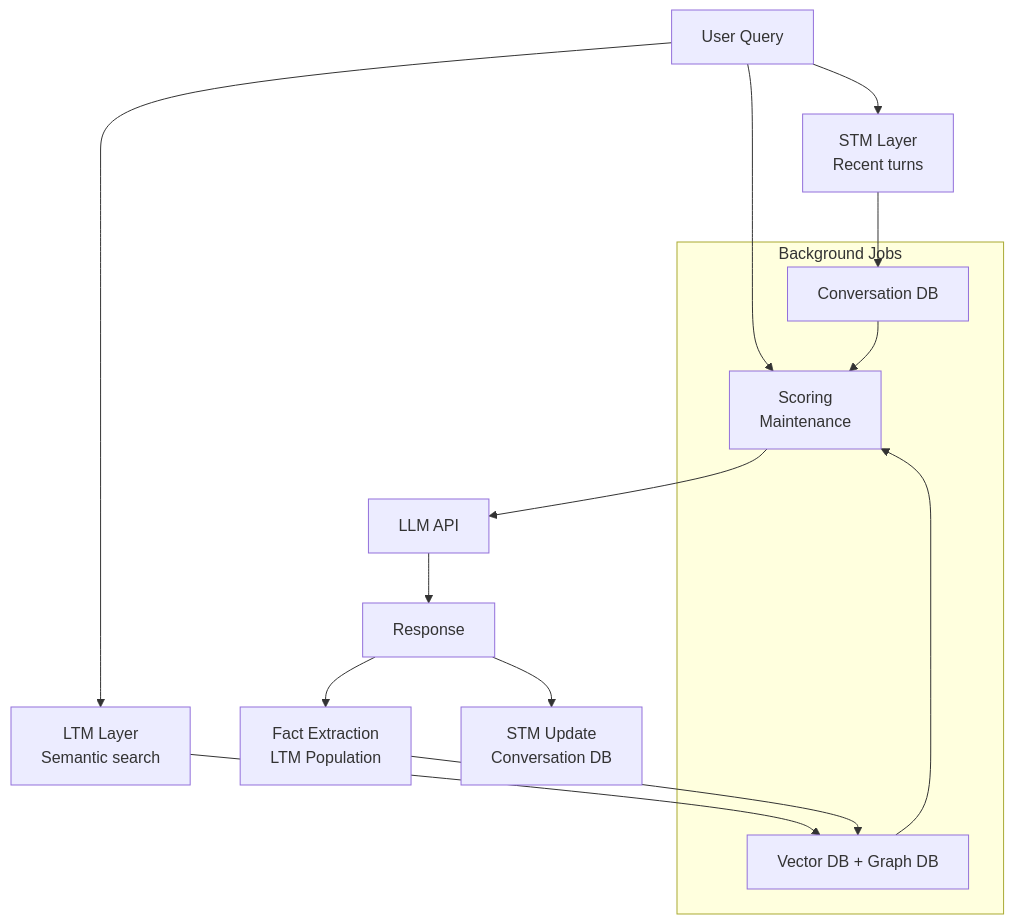
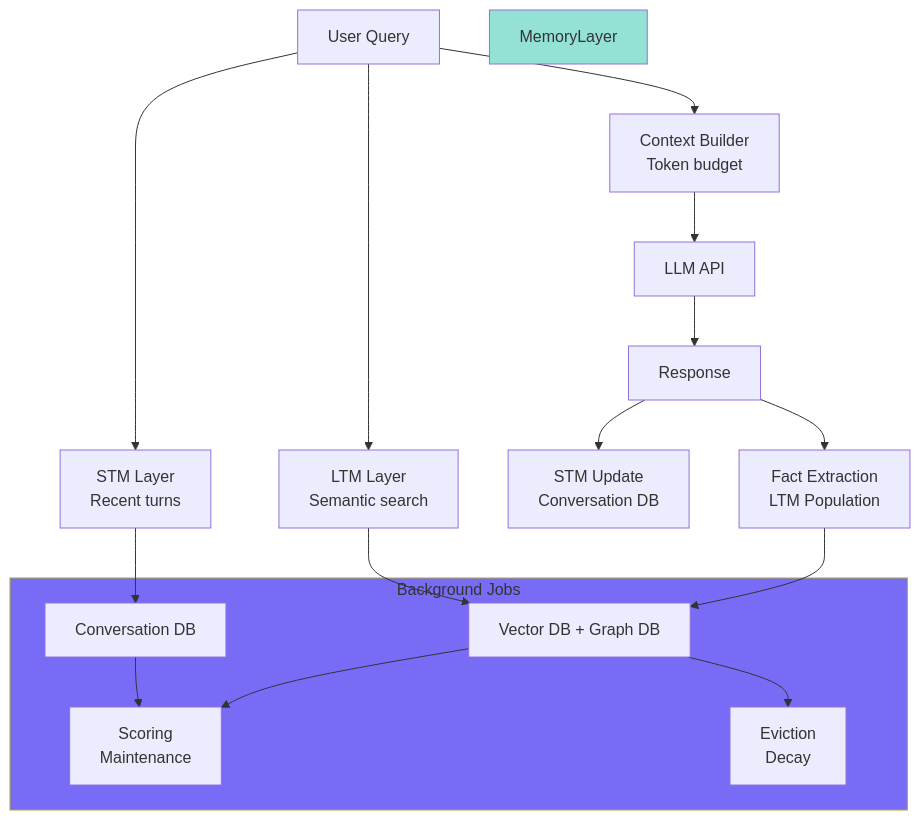
The first of 19 diagrams in Lecture 19 - Agent Memory Systems/notes/Lecture_19_Complete_Notes.md (Amie-dev/FDE-and-GenAI-Mastery), drawn with Mermaid before and after one commit. The commit also changed other lines of this file and 9 other files, not shown here.

````diff
--- a/Lecture 19 - Agent Memory Systems/notes/Lecture_19_Complete_Notes.md
+++ b/Lecture 19 - Agent Memory Systems/notes/Lecture_19_Complete_Notes.md
@@ -13,20 +32,24 @@
 ```mermaid
 flowchart TD
     A["User Query"] --> B[STM Layer<br/>Recent turns]
     A --> C[LTM Layer<br/>Semantic search]
     A --> D[Context Builder<br/>Token budget]
     
     B --> E[Conversation DB]
     C --> F[Vector DB + Graph DB]
     D --> G[LLM API]
     G --> H["Response"]
     
     H --> I[STM Update<br/>Conversation DB]
     H --> J[Fact Extraction<br/>LTM Population]
     J --> F
     
     subgraph Background["Background Jobs"]
-        E --> D["Dreaming<br/>Cleanup"]
-        F --> D["Scoring<br/>Maintenance"]
+        E --> K["Dreaming<br/>Cleanup"]
+        F --> K["Scoring<br/>Maintenance"]
+        F --> L["Eviction<br/>Decay"]
     end
+    
+    style MemoryLayer fill:#94e2d5
+    style Background fill:#786cf7
 ```
````
